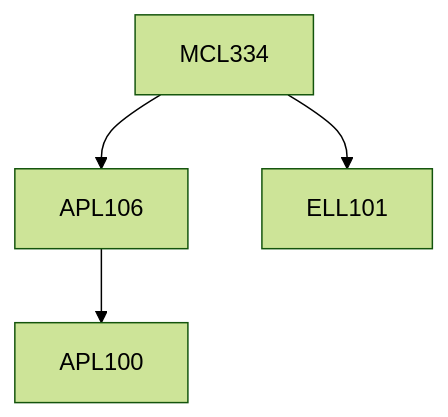
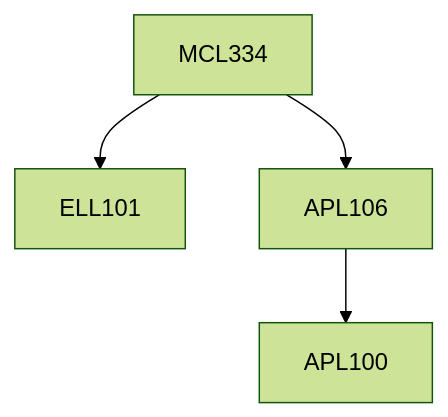
One commit to KeshavBansal0122/CoS_Website changed the diagram in content/Mechanical Engineering/MCL334.md. Above: the diagram before and after it, drawn with Mermaid (forest theme). The commit also changed other lines of this file and 2667 other files, not shown here.

````diff
--- a/content/Mechanical Engineering/MCL334.md
+++ b/content/Mechanical Engineering/MCL334.md
@@ -19,10 +17,10 @@
 ```mermaid
 flowchart TD
-MCL334-844[MCL334]
-APL106-844 --> APL100-844[APL100]
-MCL334-844 --> ELL101-844[ELL101]
-MCL334-844 --> APL106-844[APL106]
+MCL334-1425[MCL334]
+MCL334-1425 --> ELL101-1425[ELL101]
+MCL334-1425 --> APL106-1425[APL106]
+APL106-1425 --> APL100-1425[APL100]
 
 classDef empty height:17px, fill:transparent, stroke:transparent;
 classDef trueEmpty height:0px, width:0px;
 ```
````
